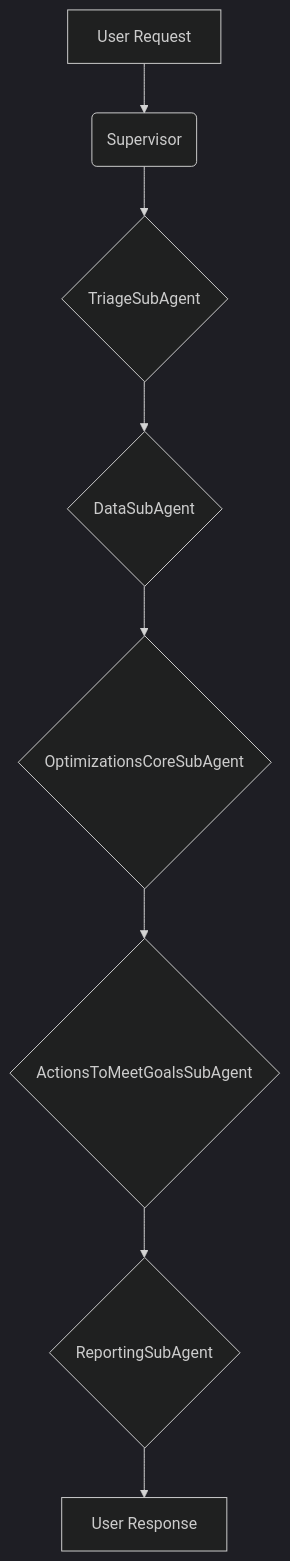
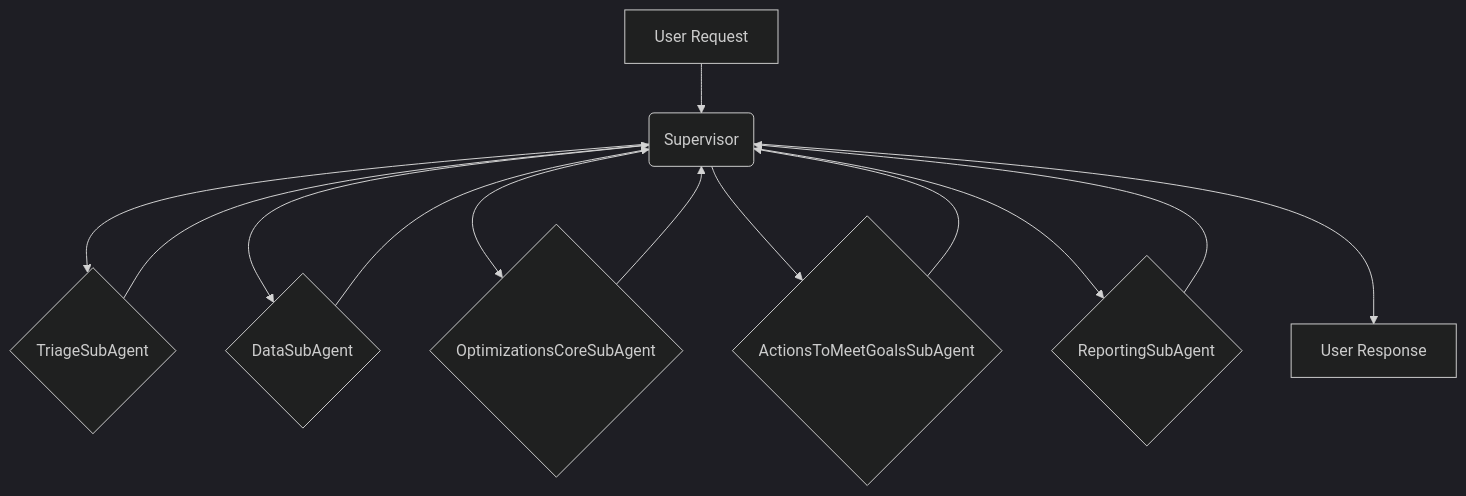
The diagram in v2/docs/subagents.md (netra-systems/zen), drawn with Mermaid (dark theme) before and after one commit. The commit also changed other lines of this file and 25 other files, not shown here.

````diff
--- a/v2/docs/subagents.md
+++ b/v2/docs/subagents.md
@@ -35,10 +35,15 @@
 ```mermaid
 graph TD
     A[User Request] --> B(Supervisor)
     B --> C{TriageSubAgent}
-    C --> D{DataSubAgent}
-    D --> E{OptimizationsCoreSubAgent}
-    E --> F{ActionsToMeetGoalsSubAgent}
-    F --> G{ReportingSubAgent}
-    G --> H[User Response]
+    C --> B
+    B --> D{DataSubAgent}
+    D --> B
+    B --> E{OptimizationsCoreSubAgent}
+    E --> B
+    B --> F{ActionsToMeetGoalsSubAgent}
+    F --> B
+    B --> G{ReportingSubAgent}
+    G --> B
+    B --> H[User Response]
 ```
````
